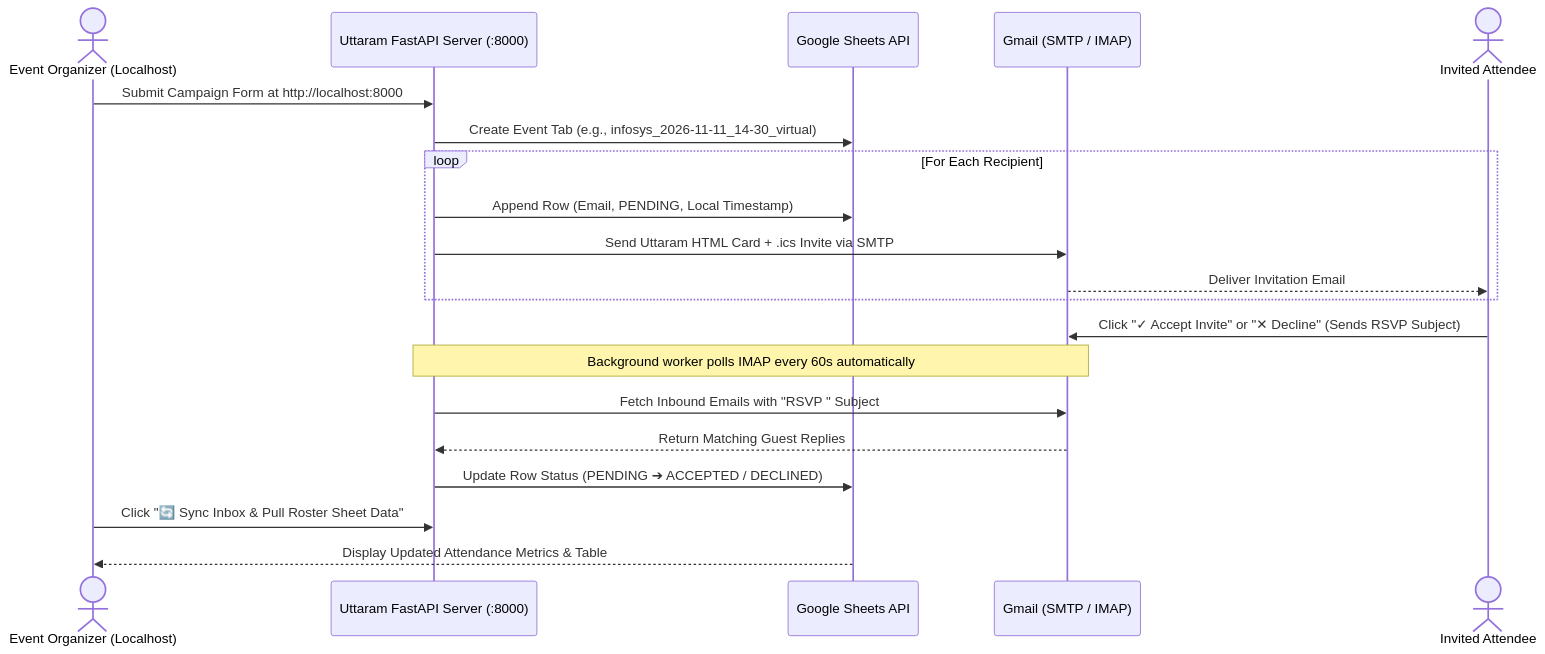
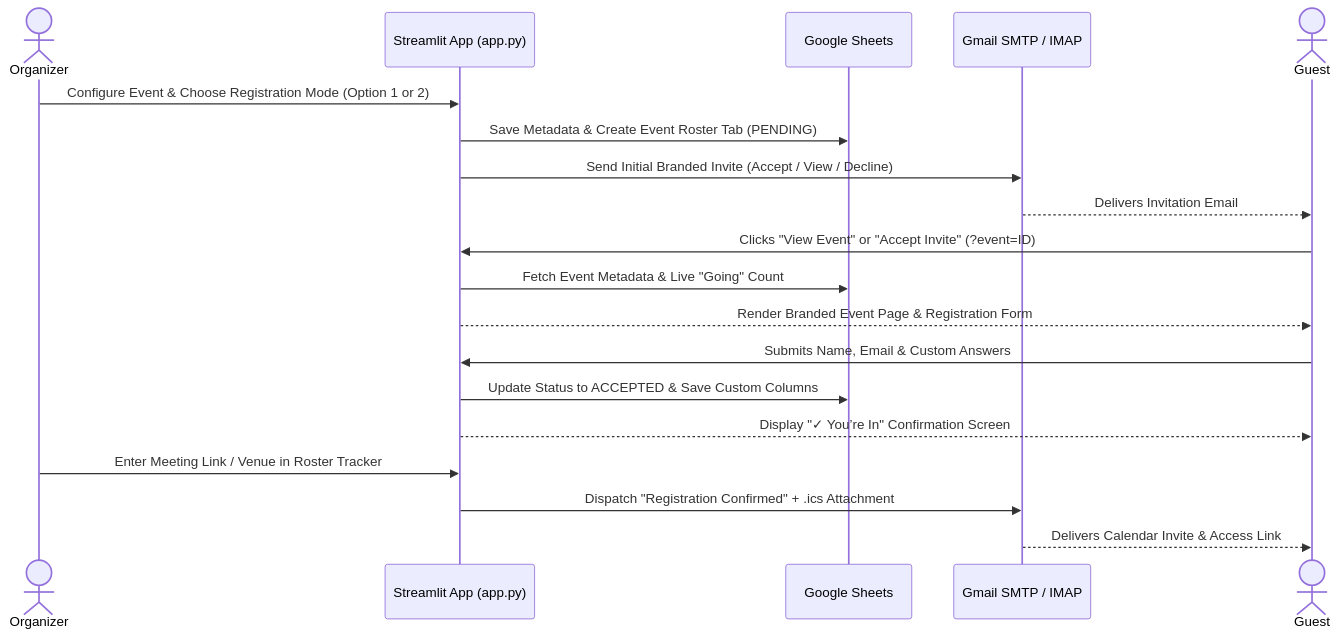
One commit to SRINIVASTA/event-manager changed the second of 2 diagrams in README.md. Above: the diagram before and after it, drawn with Mermaid. The commit also changed other lines of this file, not shown here.

````diff
--- a/README.md
+++ b/README.md
@@ -59,24 +60,25 @@
 ```mermaid
 sequenceDiagram
-    actor Organizer as Event Organizer (Localhost)
-    participant Server as Uttaram FastAPI Server (:8000)
-    participant Sheets as Google Sheets API
-    participant Gmail as Gmail (SMTP / IMAP)
-    actor Guest as Invited Attendee
+    actor Organizer
+    participant App as Streamlit App (app.py)
+    participant Sheets as Google Sheets
+    participant Gmail as Gmail SMTP / IMAP
+    actor Guest
 
-    Organizer->>Server: Submit Campaign Form at http://localhost:8000
-    Server->>Sheets: Create Event Tab (e.g., infosys_2026-11-11_14-30_virtual)
-    loop For Each Recipient
-        Server->>Sheets: Append Row (Email, PENDING, Local Timestamp)
-        Server->>Gmail: Send Uttaram HTML Card + .ics Invite via SMTP
-        Gmail-->>Guest: Deliver Invitation Email
-    end
+    Organizer->>App: Configure Event & Choose Registration Mode (Option 1 or 2)
+    App->>Sheets: Save Metadata & Create Event Roster Tab (PENDING)
+    App->>Gmail: Send Initial Branded Invite (Accept / View / Decline)
+    Gmail-->>Guest: Delivers Invitation Email
 
-    Guest->>Gmail: Click "✓ Accept Invite" or "✕ Decline" (Sends RSVP Subject)
-    Note over Server,Gmail: Background worker polls IMAP every 60s automatically
-    Server->>Gmail: Fetch Inbound Emails with "RSVP " Subject
-    Gmail-->>Server: Return Matching Guest Replies
-    Server->>Sheets: Update Row Status (PENDING ➔ ACCEPTED / DECLINED)
-    Organizer->>Server: Click "🔄 Sync Inbox & Pull Roster Sheet Data"
-    Sheets-->>Organizer: Display Updated Attendance Metrics & Table
+    Guest->>App: Clicks "View Event" or "Accept Invite" (?event=ID)
+    App->>Sheets: Fetch Event Metadata & Live "Going" Count
+    App-->>Guest: Render Branded Event Page & Registration Form
+
+    Guest->>App: Submits Name, Email & Custom Answers
+    App->>Sheets: Update Status to ACCEPTED & Save Custom Columns
+    App-->>Guest: Display "✓ You’re In" Confirmation Screen
+
+    Organizer->>App: Enter Meeting Link / Venue in Roster Tracker
+    App->>Gmail: Dispatch "Registration Confirmed" + .ics Attachment
+    Gmail-->>Guest: Delivers Calendar Invite & Access Link
 ```
````
